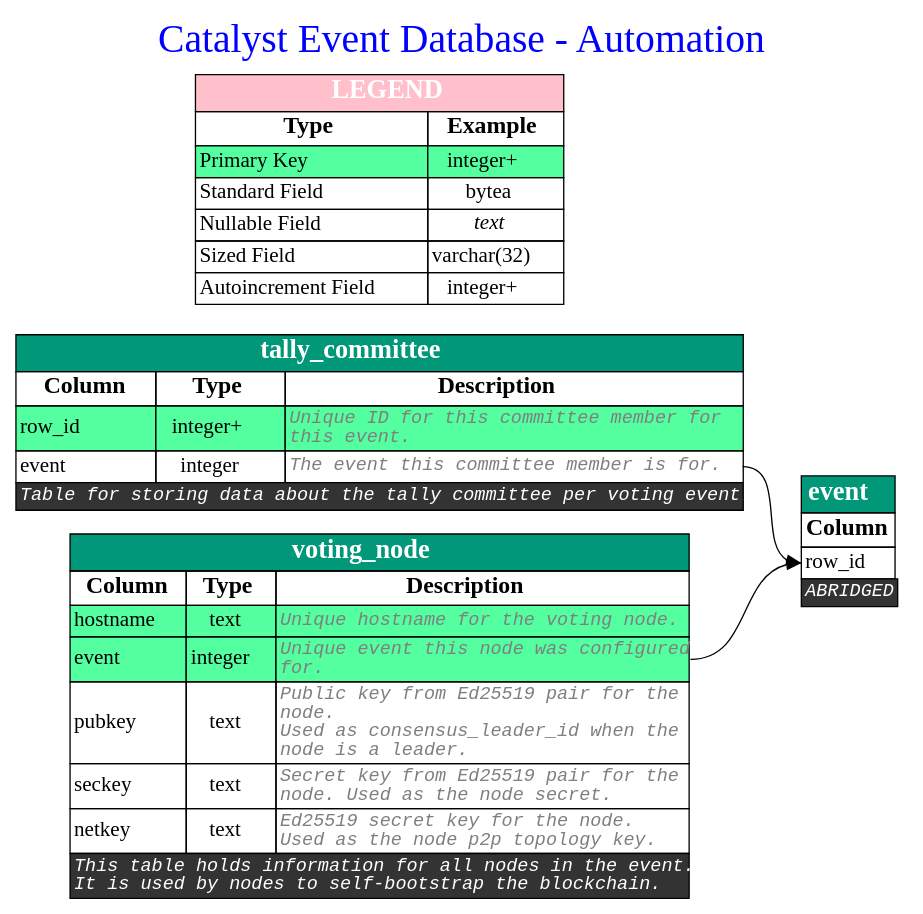
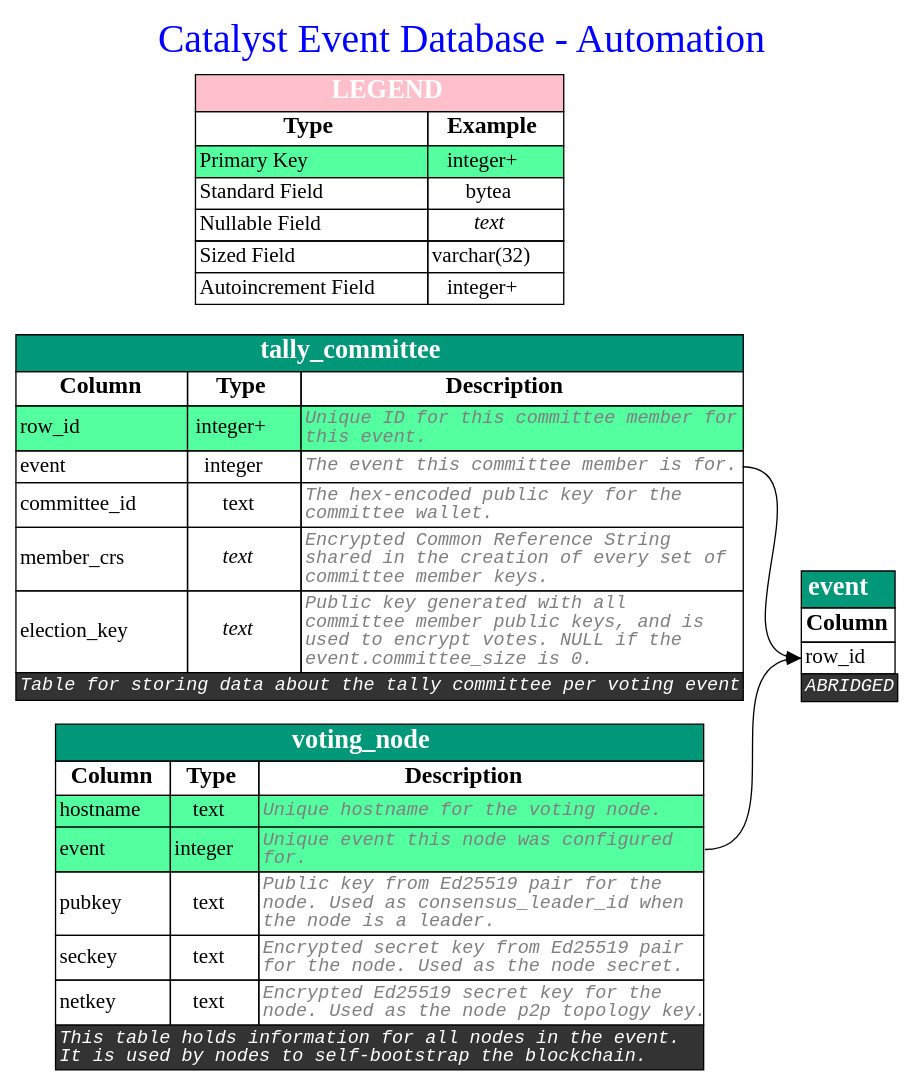
The diagram in main/08_event-db/db-diagrams/event-db-automation.dot (input-output-hk/catalyst-core), drawn with Graphviz before and after one commit. The commit also changed 8 other files, not shown here.

```diff
--- a/main/08_event-db/db-diagrams/event-db-automation.dot
+++ b/main/08_event-db/db-diagrams/event-db-automation.dot
@@ -46,6 +46,24 @@
                 <td port="event_out"  align='text'><font color='grey50' face='Monospace' point-size='14' ><i>The event this committee member is for.</i><br align="left"/></font></td>
             </tr>
             
+            <tr>
+                <td port="committee_id"  align='text'><font>committee_id</font><br align='left'/></td>
+                <td   ><font>text</font></td>
+                <td port="committee_id_out"  align='text'><font color='grey50' face='Monospace' point-size='14' ><i>The hex-encoded public key for the<br align='left'/>committee wallet.</i><br align="left"/></font></td>
+            </tr>
+            
+            <tr>
+                <td port="member_crs"  align='text'><font>member_crs</font><br align='left'/></td>
+                <td   ><font><i>text</i></font></td>
+                <td port="member_crs_out"  align='text'><font color='grey50' face='Monospace' point-size='14' ><i>Encrypted Common Reference String<br align='left'/>shared in the creation of every set of<br align='left'/>committee member keys.</i><br align="left"/></font></td>
+            </tr>
+            
+            <tr>
+                <td port="election_key"  align='text'><font>election_key</font><br align='left'/></td>
+                <td   ><font><i>text</i></font></td>
+                <td port="election_key_out"  align='text'><font color='grey50' face='Monospace' point-size='14' ><i>Public key generated with all<br align='left'/>committee member public keys, and is<br align='left'/>used to encrypt votes. NULL if the<br align='left'/>event.committee_size is 0.</i><br align="left"/></font></td>
+            </tr>
+            
 
             
             <tr>
@@ -87,19 +105,19 @@
             <tr>
                 <td port="pubkey"  align='text'><font>pubkey</font><br align='left'/></td>
                 <td   ><font>text</font></td>
-                <td port="pubkey_out"  align='text'><font color='grey50' face='Monospace' point-size='14' ><i>Public key from Ed25519 pair for the<br align='left'/>node.<br align='left'/>Used as consensus_leader_id when the<br align='left'/>node is a leader.</i><br align="left"/></font></td>
+                <td port="pubkey_out"  align='text'><font color='grey50' face='Monospace' point-size='14' ><i>Public key from Ed25519 pair for the<br align='left'/>node. Used as consensus_leader_id when<br align='left'/>the node is a leader.</i><br align="left"/></font></td>
             </tr>
             
             <tr>
                 <td port="seckey"  align='text'><font>seckey</font><br align='left'/></td>
                 <td   ><font>text</font></td>
-                <td port="seckey_out"  align='text'><font color='grey50' face='Monospace' point-size='14' ><i>Secret key from Ed25519 pair for the<br align='left'/>node. Used as the node secret.</i><br align="left"/></font></td>
+                <td port="seckey_out"  align='text'><font color='grey50' face='Monospace' point-size='14' ><i>Encrypted secret key from Ed25519 pair<br align='left'/>for the node. Used as the node secret.</i><br align="left"/></font></td>
             </tr>
             
             <tr>
                 <td port="netkey"  align='text'><font>netkey</font><br align='left'/></td>
                 <td   ><font>text</font></td>
-                <td port="netkey_out"  align='text'><font color='grey50' face='Monospace' point-size='14' ><i>Ed25519 secret key for the node.<br align='left'/>Used as the node p2p topology key.</i><br align="left"/></font></td>
+                <td port="netkey_out"  align='text'><font color='grey50' face='Monospace' point-size='14' ><i>Encrypted Ed25519 secret key for the<br align='left'/>node. Used as the node p2p topology key.</i><br align="left"/></font></td>
             </tr>
             
 
```
